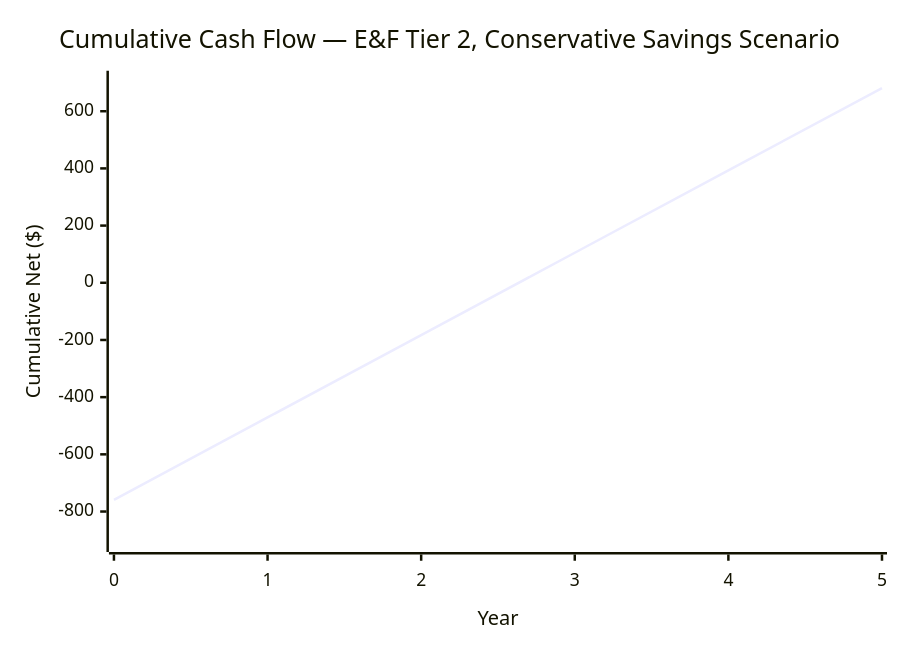
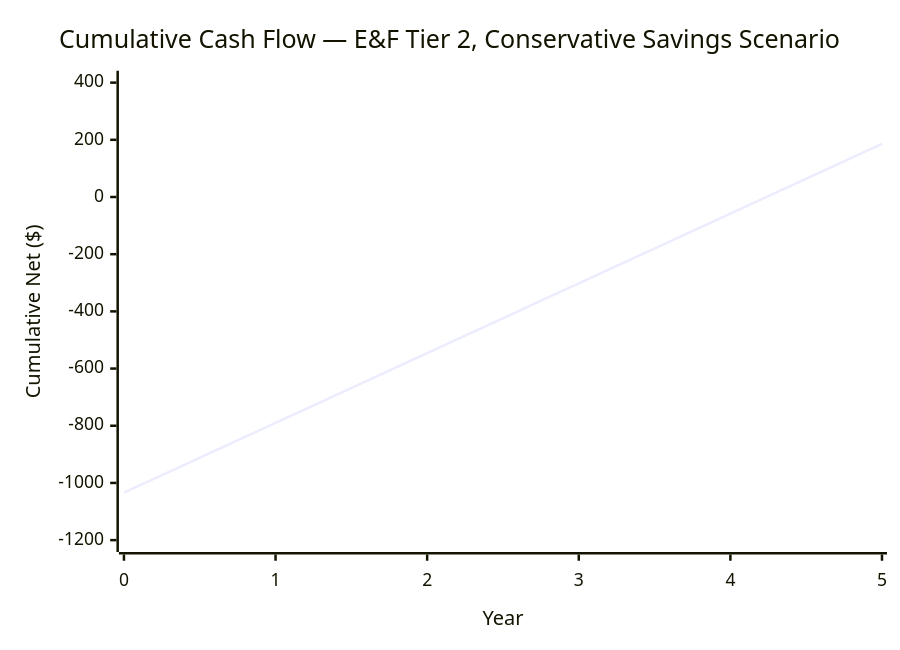
One commit to UncleJS/guide_hydroponics changed the second of 3 diagrams in guide/ebb-and-flow/12-budget-and-sourcing.md. Above: the diagram before and after it, drawn with Mermaid. The commit also changed other lines of this file and 22 other files, not shown here.

````diff
--- a/guide/ebb-and-flow/12-budget-and-sourcing.md
+++ b/guide/ebb-and-flow/12-budget-and-sourcing.md
@@ -851,7 +851,7 @@
 ```mermaid
 xychart-beta
     title "Cumulative Cash Flow — E&F Tier 2, Conservative Savings Scenario"
     x-axis "Year" [0, 1, 2, 3, 4, 5]
-    y-axis "Cumulative Net ($)" -900 --> 700
-    line [-759, -471, -183, 105, 393, 681]
+    y-axis "Cumulative Net ($)" -1200 --> 400
+    line [-1034, -790, -546, -302, -58, 186]
 ```
````
